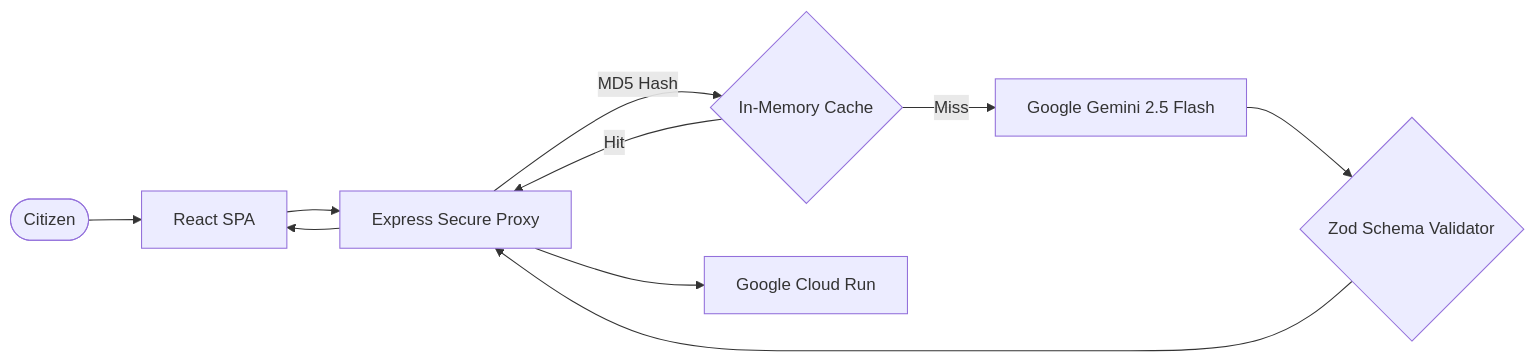
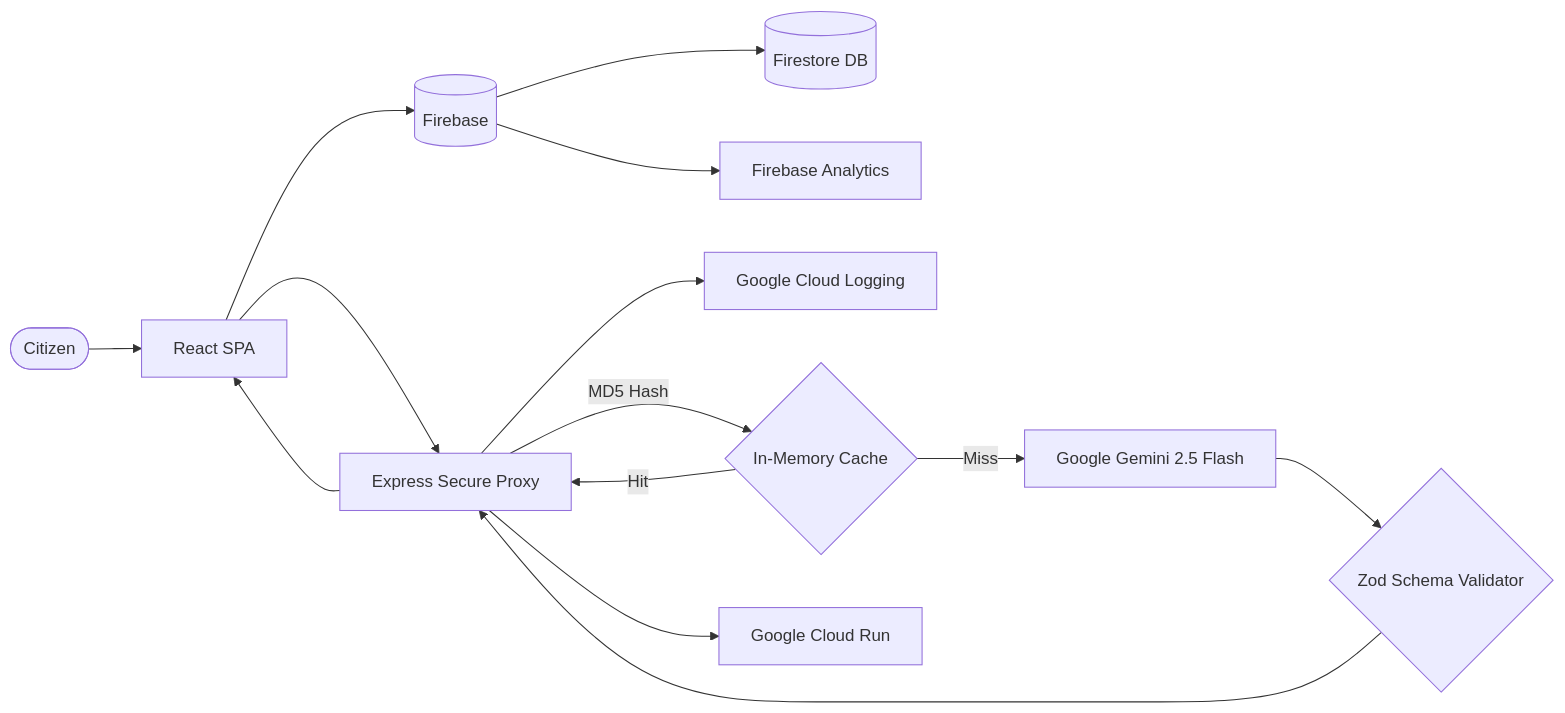
Before and after one commit to Hmpunith/ElectIQ: the diagram in README.md, drawn with Mermaid. The commit also changed other lines of this file and 16 other files, not shown here.

Commit message:
🚀 v2.0.0: Firebase + Cloud Logging + ESLint + 39 tests + WCAG AA

````diff
--- a/README.md
+++ b/README.md
@@ -29,12 +29,16 @@
 ```mermaid
 graph LR
     User([Citizen]) --> Client[React SPA]
+    Client --> Firebase[(Firebase)]
+    Firebase --> Firestore[(Firestore DB)]
+    Firebase --> Analytics[Firebase Analytics]
     Client --> API[Express Secure Proxy]
+    API --> CloudLog[Google Cloud Logging]
     API -- MD5 Hash --> Cache{In-Memory Cache}
     Cache -- Hit --> API
     Cache -- Miss --> Gemini[Google Gemini 2.5 Flash]
     Gemini --> Zod{Zod Schema Validator}
     Zod --> API
     API --> Client
     API --> CloudRun[Google Cloud Run]
 ```
````
